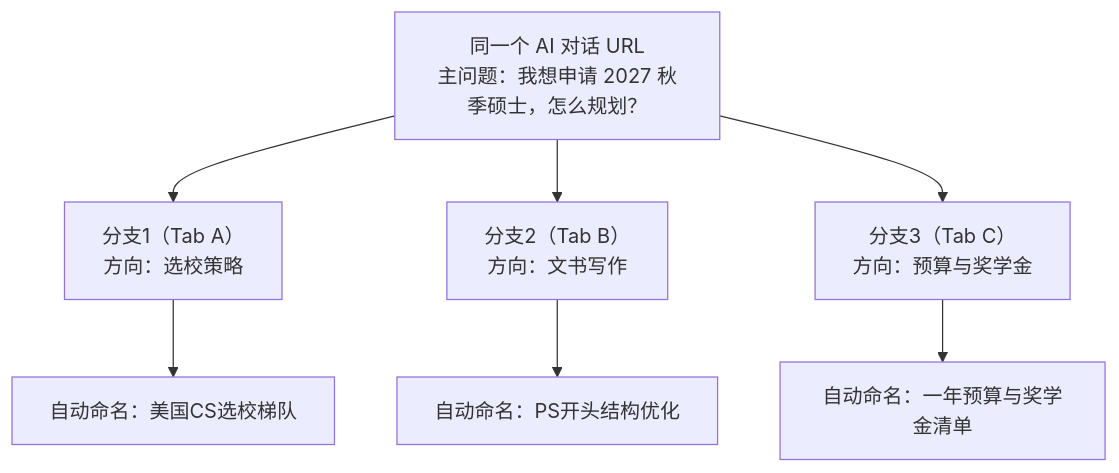
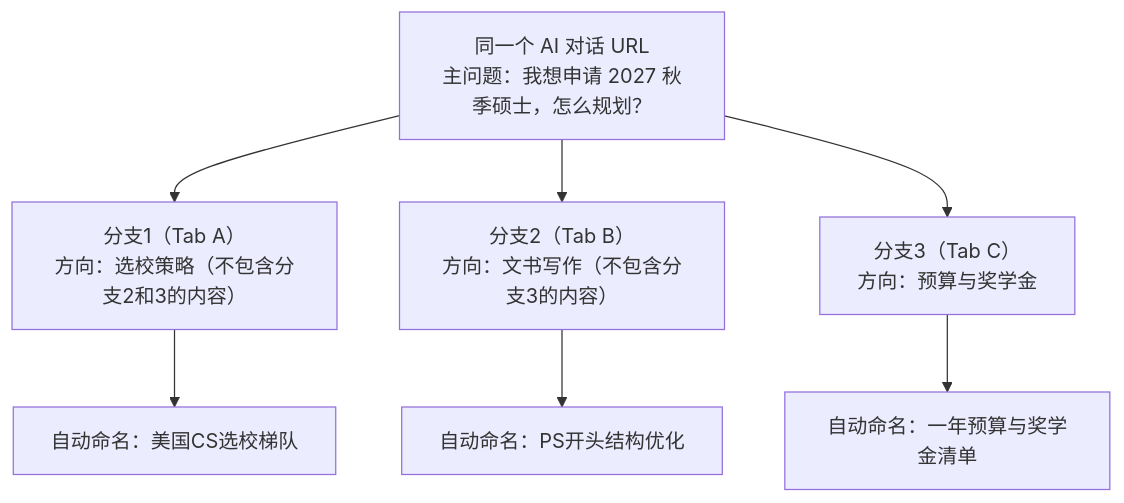
Before and after one commit to czxconcise-png/AIChatBranch: the diagram in README.md, drawn with Mermaid. The commit also changed other lines of this file, not shown here.

Commit message:
docs: polish branching and snapshot wording

````diff
--- a/README.md
+++ b/README.md
@@ -31,11 +32,11 @@
 ```mermaid
 flowchart TD
     A["同一个 AI 对话 URL<br/>主问题：我想申请 2027 秋季硕士，怎么规划？"]
-    A --> B["分支1（Tab A）<br/>方向：选校策略"]
-    A --> C["分支2（Tab B）<br/>方向：文书写作"]
+    A --> B["分支1（Tab A）<br/>方向：选校策略（不包含分支2和3的内容）"]
+    A --> C["分支2（Tab B）<br/>方向：文书写作（不包含分支3的内容）"]
     A --> D["分支3（Tab C）<br/>方向：预算与奖学金"]
 
     B --> B1["自动命名：美国CS选校梯队"]
     C --> C1["自动命名：PS开头结构优化"]
     D --> D1["自动命名：一年预算与奖学金清单"]
 ```
````
